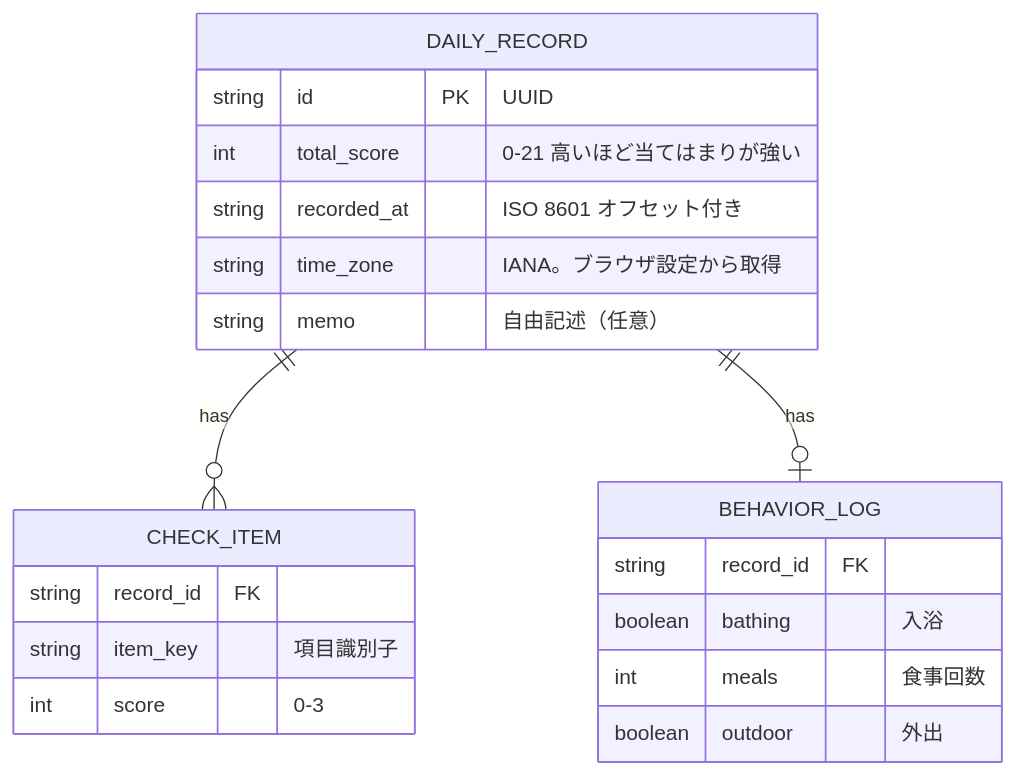
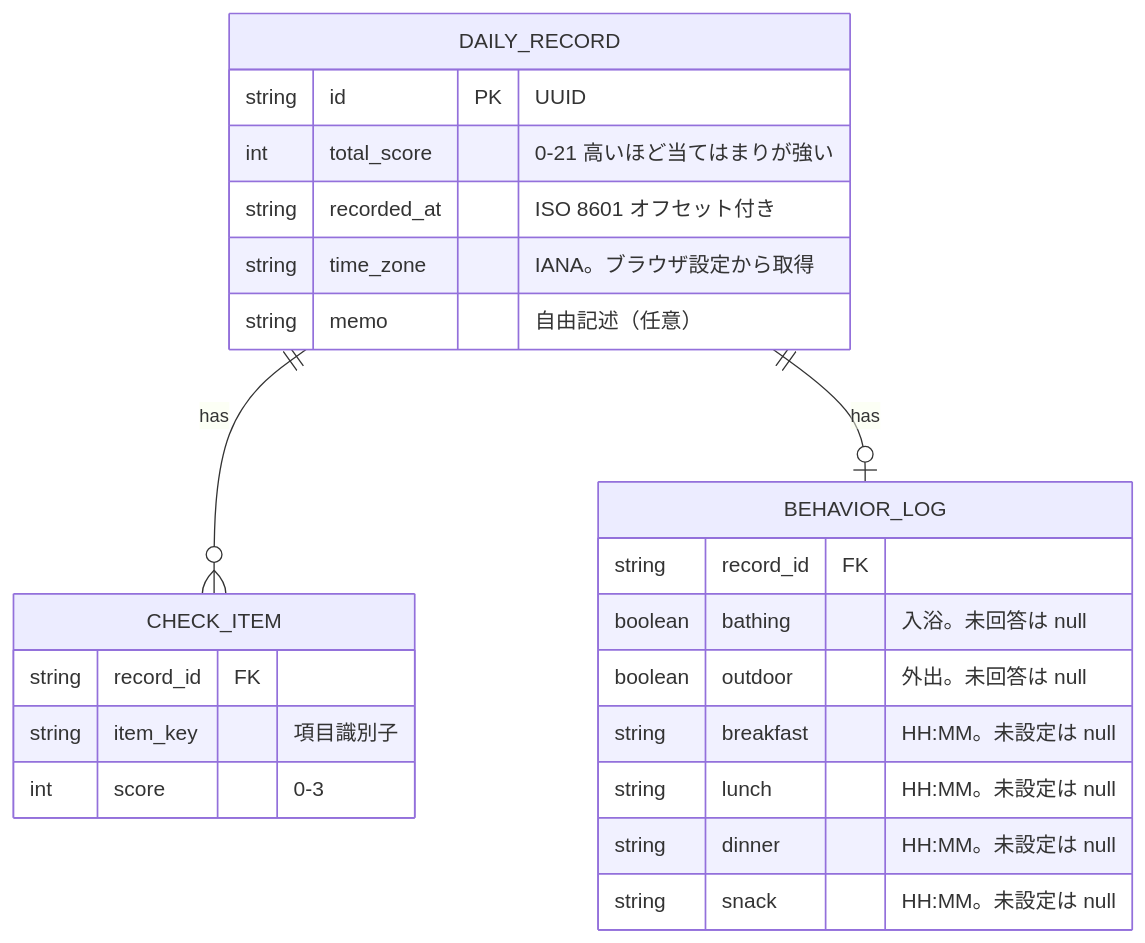
One commit to HaraRyonosuke/condition-tracker changed the second of 4 diagrams in docs/design.md. Above: the diagram before and after it, drawn with Mermaid. The commit also changed other lines of this file and 3 other files, not shown here.

````diff
--- a/docs/design.md
+++ b/docs/design.md
@@ -29,26 +29,29 @@
 ```mermaid
 erDiagram
     DAILY_RECORD {
         string id PK "UUID"
         int total_score "0-21 高いほど当てはまりが強い"
         string recorded_at "ISO 8601 オフセット付き"
         string time_zone "IANA。ブラウザ設定から取得"
         string memo "自由記述（任意）"
     }
 
     CHECK_ITEM {
         string record_id FK
         string item_key "項目識別子"
         int score "0-3"
     }
 
     BEHAVIOR_LOG {
         string record_id FK
-        boolean bathing "入浴"
-        int meals "食事回数"
-        boolean outdoor "外出"
+        boolean bathing "入浴。未回答は null"
+        boolean outdoor "外出。未回答は null"
+        string breakfast "HH:MM。未設定は null"
+        string lunch "HH:MM。未設定は null"
+        string dinner "HH:MM。未設定は null"
+        string snack "HH:MM。未設定は null"
     }
 
     DAILY_RECORD ||--o{ CHECK_ITEM : "has"
     DAILY_RECORD ||--o| BEHAVIOR_LOG : "has"
 ```
````
